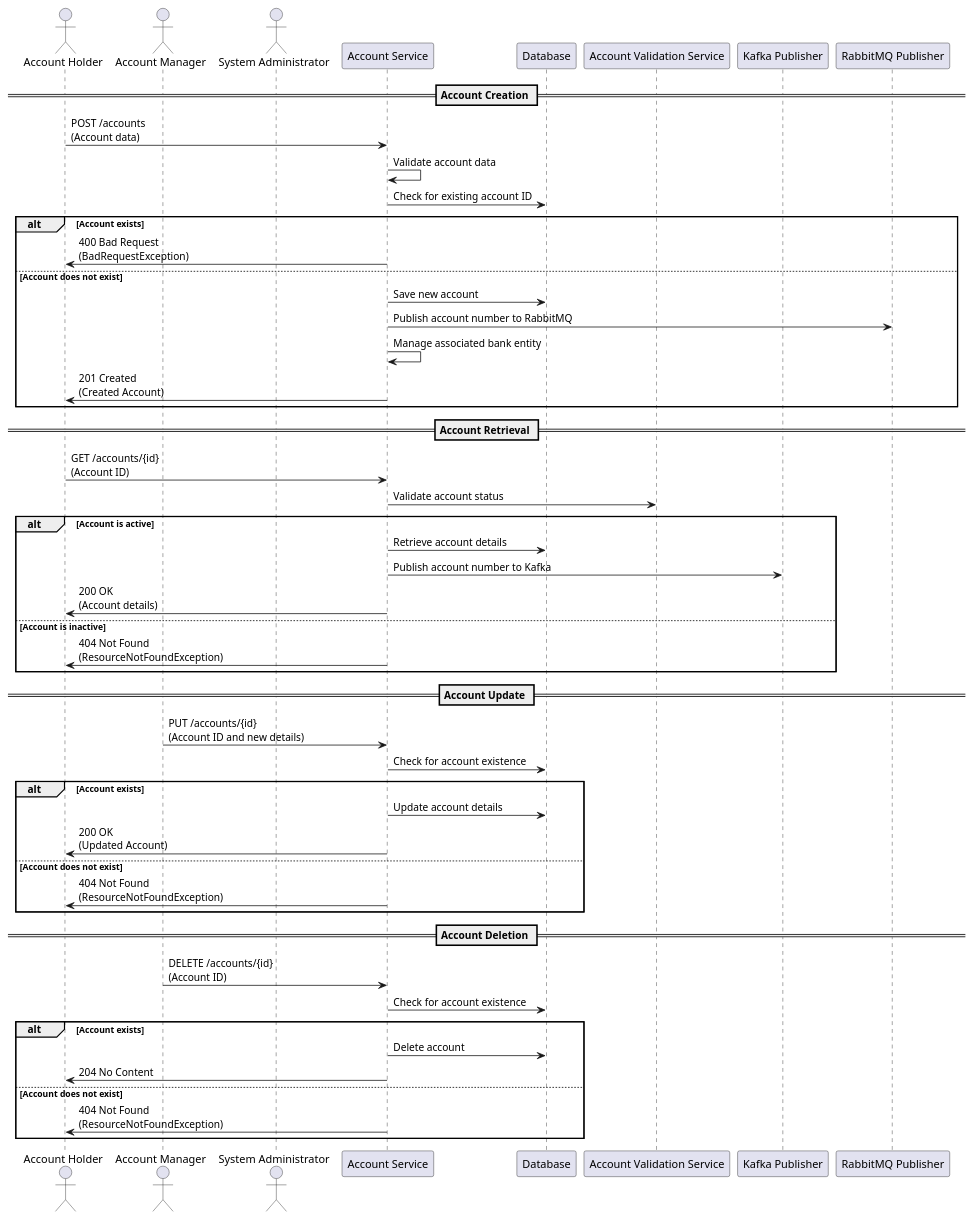
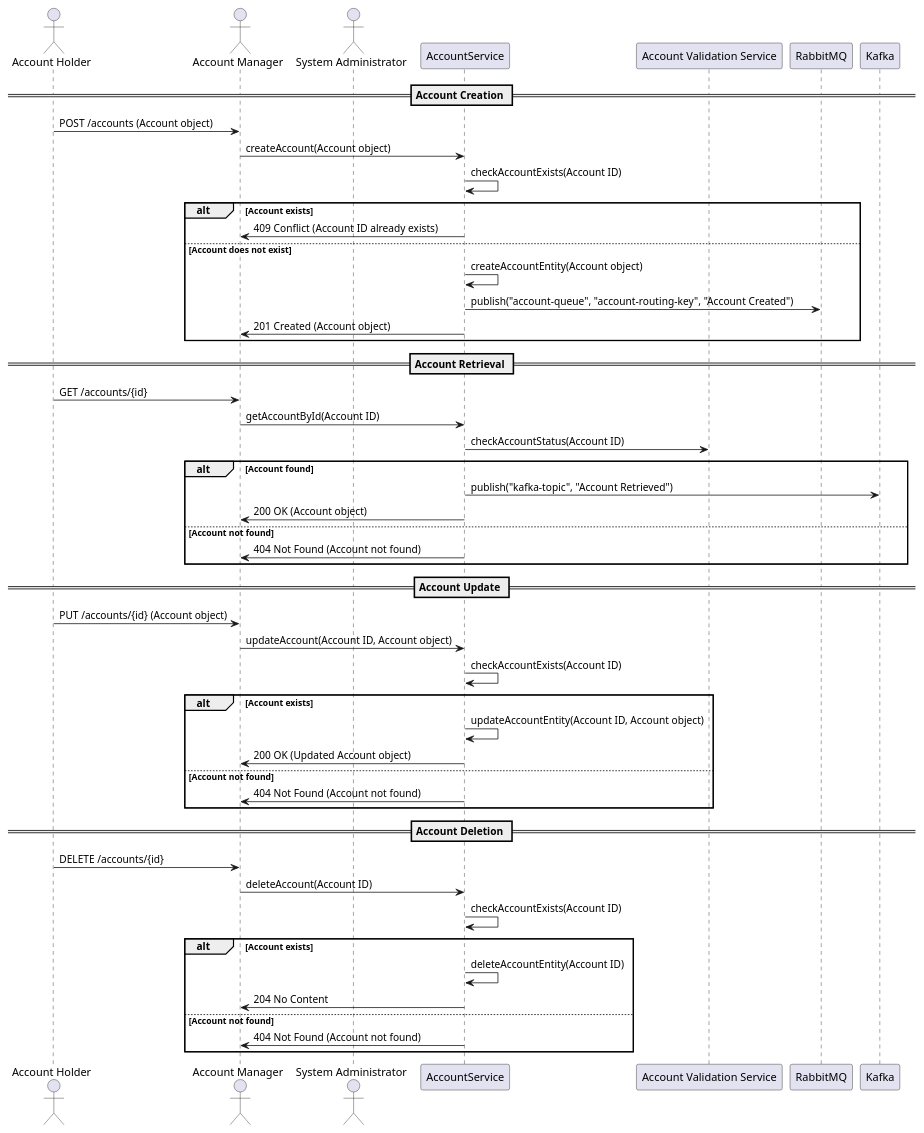
Before and after one commit to Bhaskar-Pavan/AccountService: the diagram in design_document/Account_service.md, drawn with PlantUML. The commit also changed other lines of this file, not shown here.

````diff
--- a/design_document/Account_service.md
+++ b/design_document/Account_service.md
@@ -35,57 +46,57 @@
 ```plantuml
 @startuml
-actor "Account Holder" as AH
-actor "Account Manager" as AM
-actor "System Administrator" as SA
-participant "Account Service" as AS
-participant "Database" as DB
-participant "Account Validation Service" as AVS
-participant "Kafka Publisher" as KP
-participant "RabbitMQ Publisher" as RP
+actor "Account Holder" as AccountHolder
+actor "Account Manager" as AccountManager
+actor "System Administrator" as SystemAdmin
+participant "AccountService" as AccountService
+participant "Account Validation Service" as ValidationService
+participant "RabbitMQ" as RabbitMQ
+participant "Kafka" as Kafka
 
 == Account Creation ==
-AH -> AS : POST /accounts\n(Account data)
-AS -> AS : Validate account data
-AS -> DB : Check for existing account ID
+AccountHolder -> AccountManager: POST /accounts (Account object)
+AccountManager -> AccountService: createAccount(Account object)
+AccountService -> AccountService: checkAccountExists(Account ID)
 alt Account exists
-    AS -> AH : 400 Bad Request\n(BadRequestException)
+    AccountService -> AccountManager: 409 Conflict (Account ID already exists)
 else Account does not exist
-    AS -> DB : Save new account
-    AS -> RP : Publish account number to RabbitMQ
-    AS -> AS : Manage associated bank entity
-    AS -> AH : 201 Created\n(Created Account)
+    AccountService -> AccountService: createAccountEntity(Account object)
+    AccountService -> RabbitMQ: publish("account-queue", "account-routing-key", "Account Created")
+    AccountService -> AccountManager: 201 Created (Account object)
 end
 
 == Account Retrieval ==
-AH -> AS : GET /accounts/{id}\n(Account ID)
-AS -> AVS : Validate account status
-alt Account is active
-    AS -> DB : Retrieve account details
-    AS -> KP : Publish account number to Kafka
-    AS -> AH : 200 OK\n(Account details)
-else Account is inactive
-    AS -> AH : 404 Not Found\n(ResourceNotFoundException)
+AccountHolder -> AccountManager: GET /accounts/{id}
+AccountManager -> AccountService: getAccountById(Account ID)
+AccountService -> ValidationService: checkAccountStatus(Account ID)
+alt Account found
+    AccountService -> Kafka: publish("kafka-topic", "Account Retrieved")
+    AccountService -> AccountManager: 200 OK (Account object)
+else Account not found
+    AccountService -> AccountManager: 404 Not Found (Account not found)
 end
 
 == Account Update ==
-AM -> AS : PUT /accounts/{id}\n(Account ID and new details)
-AS -> DB : Check for account existence
+AccountHolder -> AccountManager: PUT /accounts/{id} (Account object)
+AccountManager -> AccountService: updateAccount(Account ID, Account object)
+AccountService -> AccountService: checkAccountExists(Account ID)
 alt Account exists
-    AS -> DB : Update account details
-    AS -> AH : 200 OK\n(Updated Account)
-else Account does not exist
-    AS -> AH : 404 Not Found\n(ResourceNotFoundException)
+    AccountService -> AccountService: updateAccountEntity(Account ID, Account object)
+    AccountService -> AccountManager: 200 OK (Updated Account object)
+else Account not found
+    AccountService -> AccountManager: 404 Not Found (Account not found)
 end
 
 == Account Deletion ==
-AM -> AS : DELETE /accounts/{id}\n(Account ID)
-AS -> DB : Check for account existence
+AccountHolder -> AccountManager: DELETE /accounts/{id}
+AccountManager -> AccountService: deleteAccount(Account ID)
+AccountService -> AccountService: checkAccountExists(Account ID)
 alt Account exists
-    AS -> DB : Delete account
-    AS -> AH : 204 No Content
-else Account does not exist
-    AS -> AH : 404 Not Found\n(ResourceNotFoundException)
+    AccountService -> AccountService: deleteAccountEntity(Account ID)
+    AccountService -> AccountManager: 204 No Content
+else Account not found
+    AccountService -> AccountManager: 404 Not Found (Account not found)
 end
 
 @enduml
 ```
````
